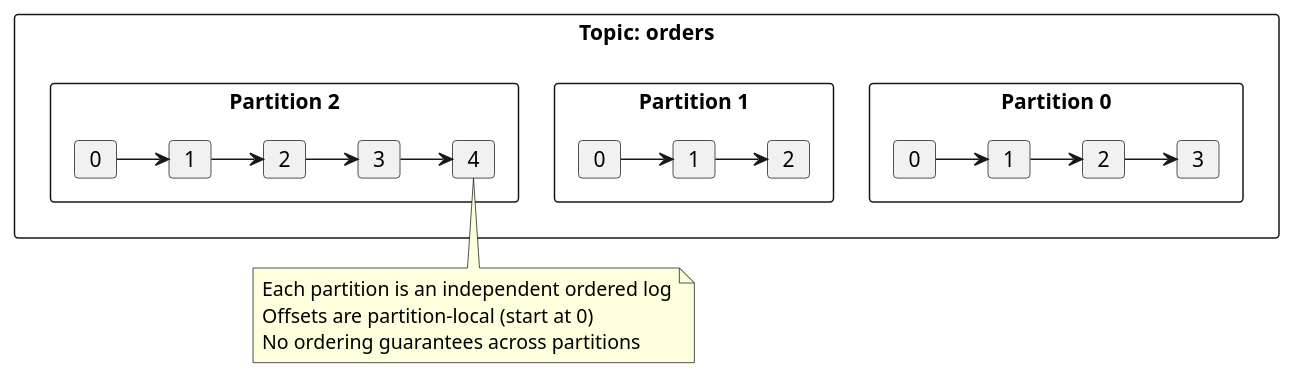
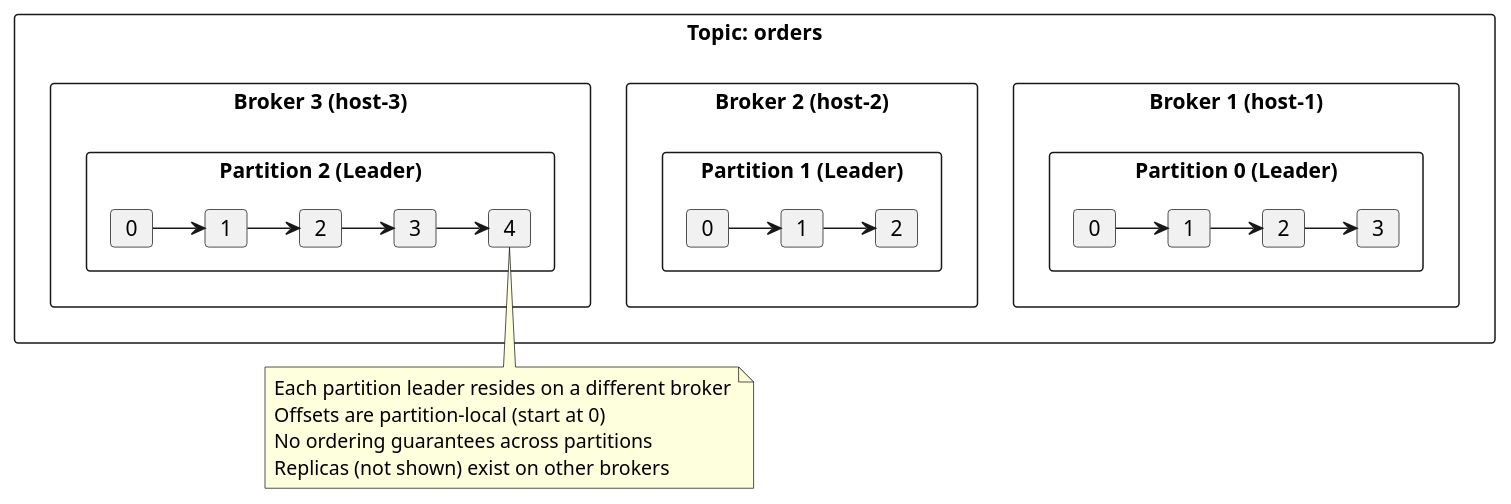
One commit to axonops/documentation changed the first of 6 diagrams in docs/data-platforms/kafka/architecture/topics/index.md. Above: the diagram before and after it, drawn with PlantUML. The commit also changed other lines of this file and 1 other file, not shown here.

````diff
--- a/docs/data-platforms/kafka/architecture/topics/index.md
+++ b/docs/data-platforms/kafka/architecture/topics/index.md
@@ -19,45 +19,52 @@
 ```plantuml
 @startuml
 
 skinparam backgroundColor transparent
 
-rectangle "Topic: orders" {
-    rectangle "Partition 0" as p0 {
-        card "0" as p0_0
-        card "1" as p0_1
-        card "2" as p0_2
-        card "3" as p0_3
-        p0_0 -right-> p0_1
-        p0_1 -right-> p0_2
-        p0_2 -right-> p0_3
+rectangle "Topic: orders" as topic {
+    rectangle "Broker 1 (host-1)" as b1 {
+        rectangle "Partition 0 (Leader)" as p0 {
+            card "0" as p0_0
+            card "1" as p0_1
+            card "2" as p0_2
+            card "3" as p0_3
+            p0_0 -right-> p0_1
+            p0_1 -right-> p0_2
+            p0_2 -right-> p0_3
+        }
     }
 
-    rectangle "Partition 1" as p1 {
-        card "0" as p1_0
-        card "1" as p1_1
-        card "2" as p1_2
-        p1_0 -right-> p1_1
-        p1_1 -right-> p1_2
+    rectangle "Broker 2 (host-2)" as b2 {
+        rectangle "Partition 1 (Leader)" as p1 {
+            card "0" as p1_0
+            card "1" as p1_1
+            card "2" as p1_2
+            p1_0 -right-> p1_1
+            p1_1 -right-> p1_2
+        }
     }
 
-    rectangle "Partition 2" as p2 {
-        card "0" as p2_0
-        card "1" as p2_1
-        card "2" as p2_2
-        card "3" as p2_3
-        card "4" as p2_4
-        p2_0 -right-> p2_1
-        p2_1 -right-> p2_2
-        p2_2 -right-> p2_3
-        p2_3 -right-> p2_4
+    rectangle "Broker 3 (host-3)" as b3 {
+        rectangle "Partition 2 (Leader)" as p2 {
+            card "0" as p2_0
+            card "1" as p2_1
+            card "2" as p2_2
+            card "3" as p2_3
+            card "4" as p2_4
+            p2_0 -right-> p2_1
+            p2_1 -right-> p2_2
+            p2_2 -right-> p2_3
+            p2_3 -right-> p2_4
+        }
     }
 }
 
 note bottom
-  Each partition is an independent ordered log
+  Each partition leader resides on a different broker
   Offsets are partition-local (start at 0)
   No ordering guarantees across partitions
+  Replicas (not shown) exist on other brokers
 end note
 
 @enduml
 ```
````
